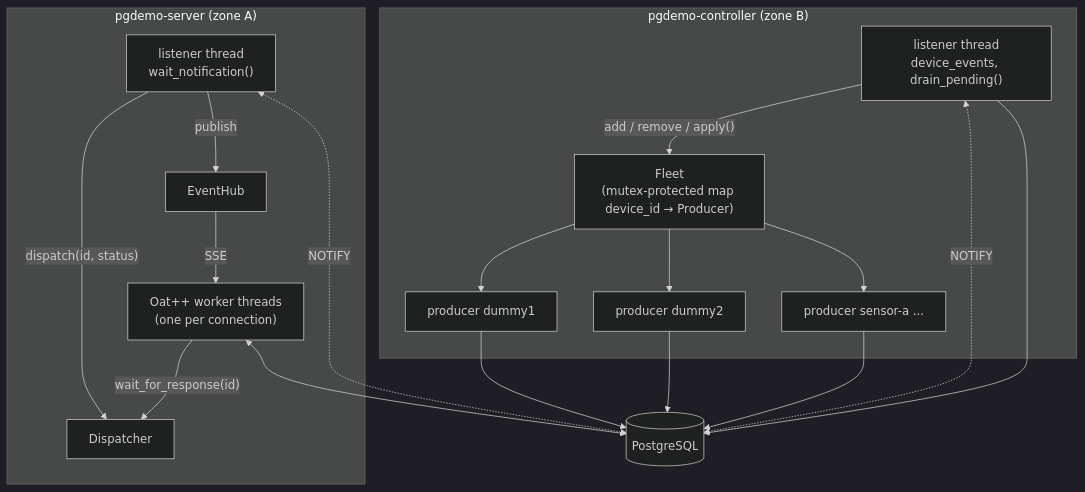
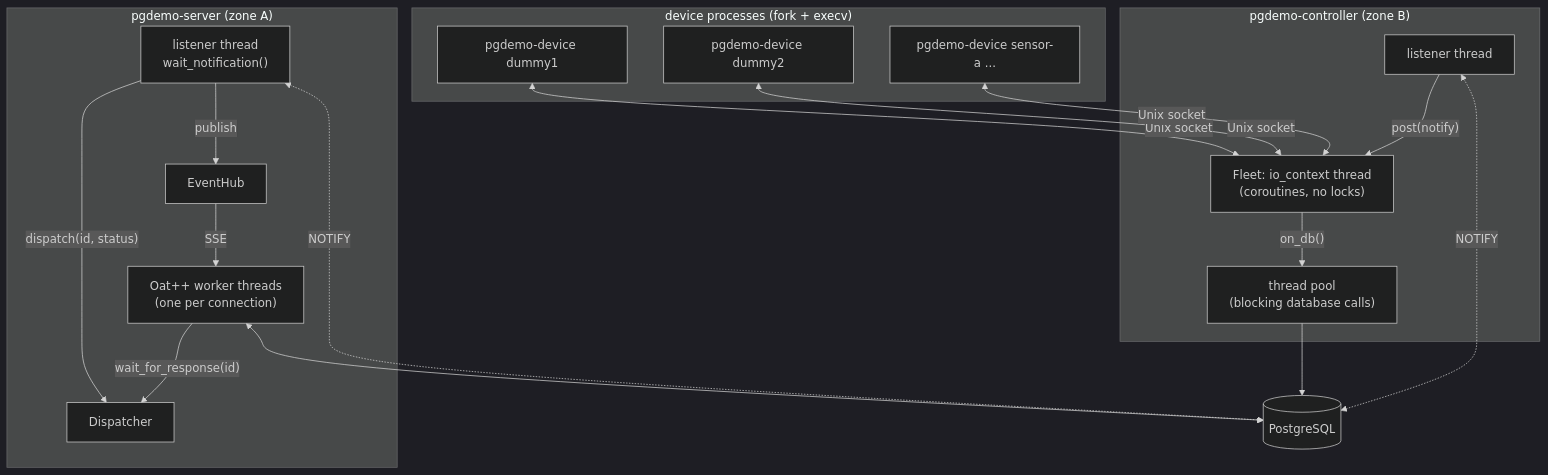
Before and after one commit to jgmatu/postgresql: the first of 4 diagrams in docs/ARCHITECTURE.md, drawn with Mermaid (dark theme). The commit also changed other lines of this file and 72 other files, not shown here.

````diff
--- a/docs/ARCHITECTURE.md
+++ b/docs/ARCHITECTURE.md
@@ -31,32 +32,33 @@
 ```mermaid
 flowchart TB
     subgraph S["pgdemo-server (zone A)"]
         HTTP["Oat++ worker threads<br/>(one per connection)"]
         SL["listener thread<br/>wait_notification()"]
         D["Dispatcher"]
         H["EventHub"]
         HTTP -- "wait_for_response(id)" --> D
         SL -- "dispatch(id, status)" --> D
         SL -- "publish" --> H
         H -- "SSE" --> HTTP
     end
     subgraph C["pgdemo-controller (zone B)"]
-        F["Fleet<br/>(mutex-protected map device_id → Producer)"]
-        P1["producer dummy1"]
-        P2["producer dummy2"]
-        PN["producer sensor-a ..."]
-        CL["listener thread<br/>device_events, drain_pending()"]
-        CL -- "add / remove / apply()" --> F
-        F --> P1
-        F --> P2
-        F --> PN
+        CL["listener thread"]
+        F["Fleet: io_context thread<br/>(coroutines, no locks)"]
+        DB["thread pool<br/>(blocking database calls)"]
+        CL -- "post(notify)" --> F
+        F -- "on_db()" --> DB
+    end
+    subgraph DEV["device processes (fork + execv)"]
+        P1["pgdemo-device dummy1"]
+        P2["pgdemo-device dummy2"]
+        PN["pgdemo-device sensor-a ..."]
     end
     PG[("PostgreSQL")]
     HTTP <--> PG
     SL <-. "NOTIFY" .-> PG
-    P1 --> PG
-    P2 --> PG
-    PN --> PG
+    P1 <-- "Unix socket" --> F
+    P2 <-- "Unix socket" --> F
+    PN <-- "Unix socket" --> F
+    DB --> PG
     CL <-. "NOTIFY" .-> PG
-    CL --> PG
 ```
````
